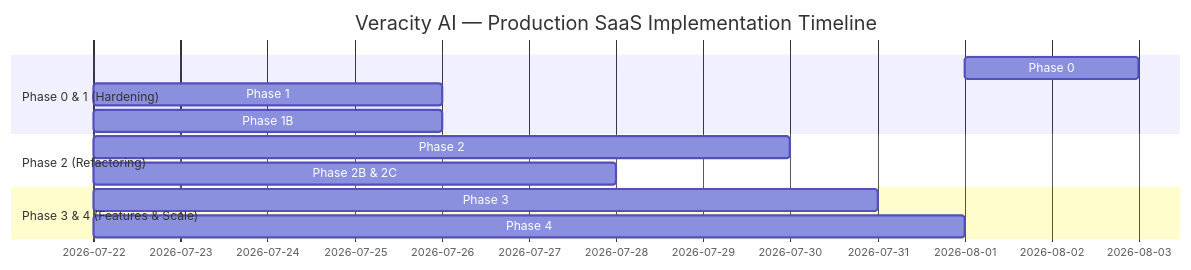
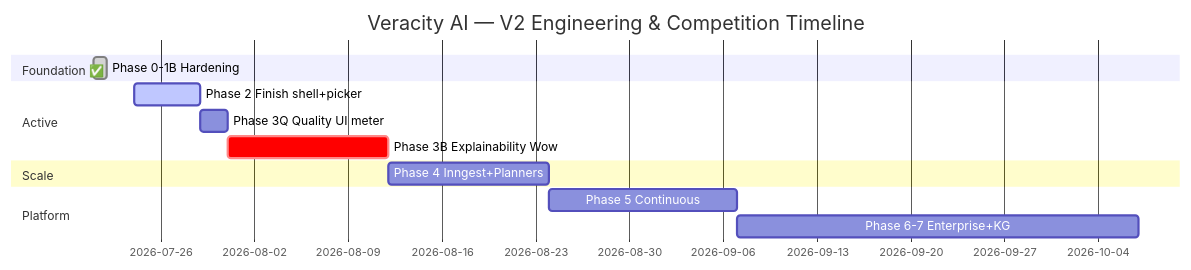
One commit to Pasidu-Mihiranga/Veracity changed the tenth of 12 diagrams in docs/phase_by_phase_improvement_plan.md. Above: the diagram before and after it, drawn with Mermaid. The commit also changed other lines of this file and 1 other file, not shown here.

Commit message:
Update engineering plan v2.0.1 and README onboarding.

````diff
--- a/docs/phase_by_phase_improvement_plan.md
+++ b/docs/phase_by_phase_improvement_plan.md
@@ -754,17 +1070,16 @@
 ```mermaid
 gantt
-    title Veracity AI — Production SaaS Implementation Timeline
+    title Veracity AI — V2 Engineering & Competition Timeline
     dateFormat YYYY-MM-DD
-    section Phase 0 & 1 (Hardening)
-    Phase 0: Governance & Config Schema  :p0, 2026-08-01, 2d
-    Phase 1: Emergency Security Fixes     :p1, after p0, 4d
-    Phase 1B: DevEx & CI/CD Pipeline     :p1b, after p1, 4d
-
-    section Phase 2 (Refactoring)
-    Phase 2: Decompose page.tsx & pgvector:p2, after p1b, 8d
-    Phase 2B & 2C: Telemetry & UX Polish :p2bc, after p2, 6d
-
-    section Phase 3 & 4 (Features & Scale)
-    Phase 3: Executive PDF Export & UI   :p3, after p2bc, 9d
-    Phase 4: Inngest Queue & Adaptive AI :p4, after p3, 10d
+    section Foundation ✅
+    Phase 0-1B Hardening           :done, p0, 2026-07-21, 1d
+    section Active
+    Phase 2 Finish shell+picker    :active, p2, 2026-07-24, 5d
+    Phase 3Q Quality UI meter      :p3q, after p2, 2d
+    Phase 3B Explainability Wow    :crit, p3b, after p3q, 12d
+    section Scale
+    Phase 4 Inngest+Planners       :p4, after p3b, 12d
+    section Platform
+    Phase 5 Continuous             :p5, after p4, 14d
+    Phase 6-7 Enterprise+KG        :p67, after p5, 30d
 ```
````
